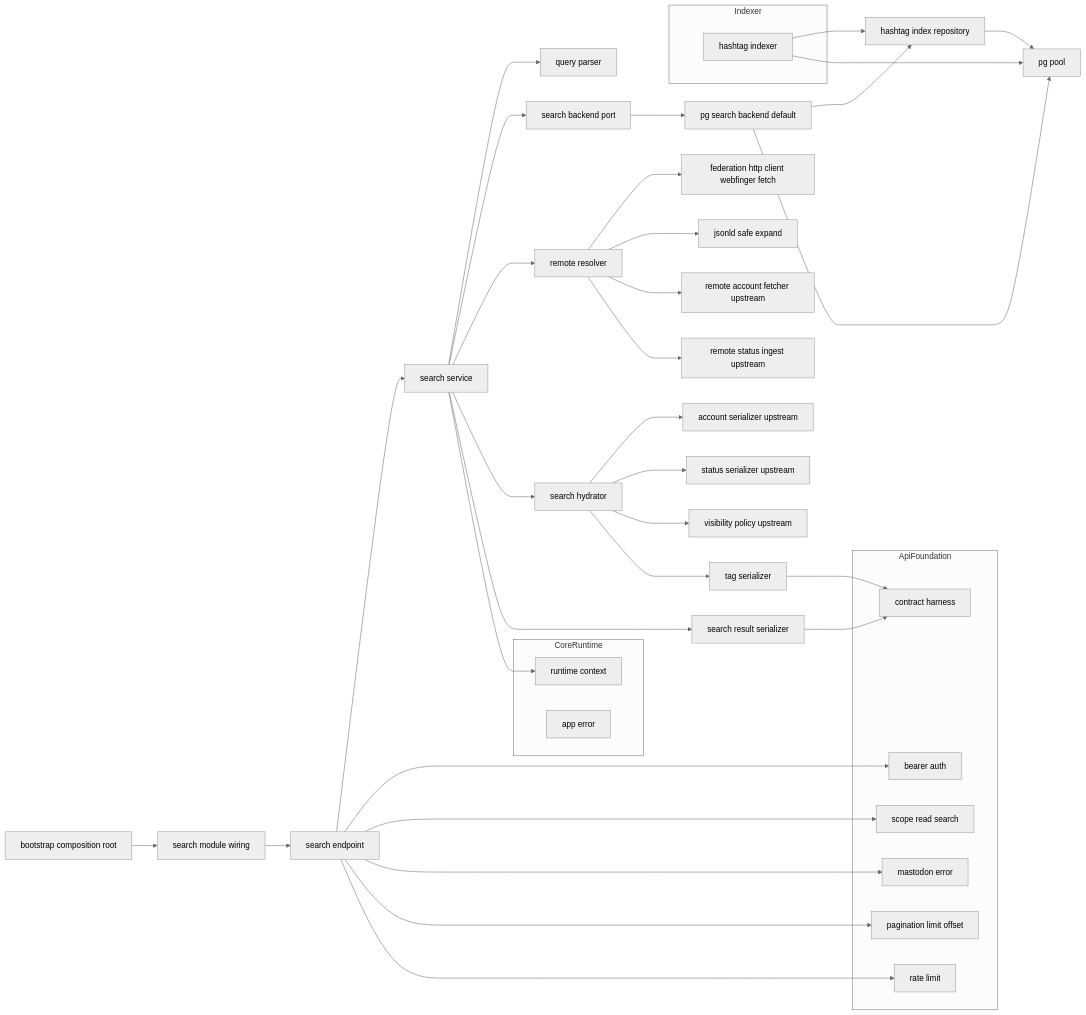
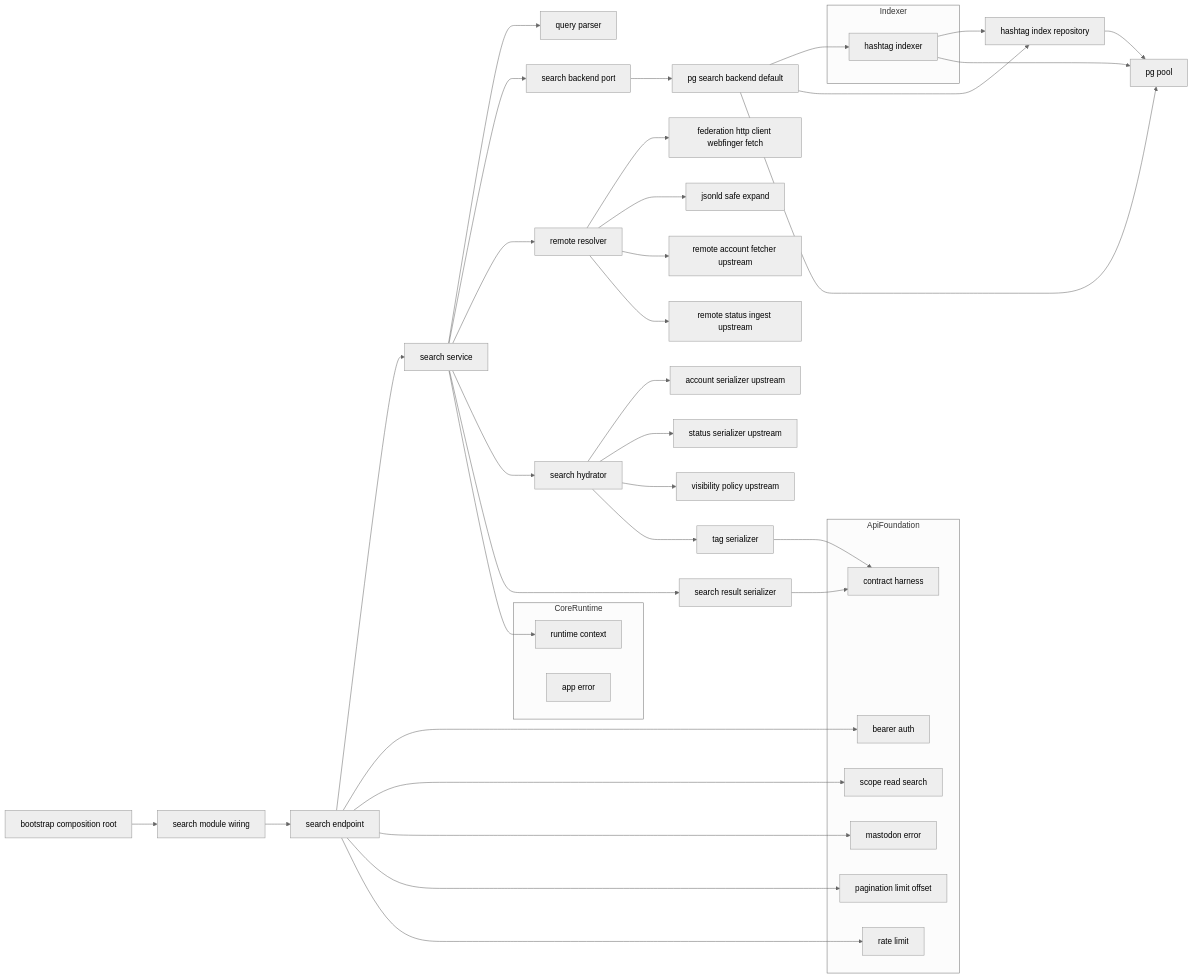
One commit to mat-der-D/kawasemi changed the first of 4 diagrams in .kiro/specs/search/design.md. Above: the diagram before and after it, drawn with Mermaid (neutral theme). The commit also changed other lines of this file and 10 other files, not shown here.

````diff
--- a/.kiro/specs/search/design.md
+++ b/.kiro/specs/search/design.md
@@ -75,48 +76,49 @@
 ```mermaid
 graph LR
     Bootstrap[bootstrap composition root] --> SearchModule[search module wiring]
     SearchModule --> Endpoint[search endpoint]
     Endpoint --> SearchService[search service]
     SearchService --> QueryParser[query parser]
     SearchService --> Backend[search backend port]
     SearchService --> RemoteResolver[remote resolver]
     SearchService --> Hydrator[search hydrator]
     SearchService --> ResultSerializer[search result serializer]
     Backend --> PgBackend[pg search backend default]
+    PgBackend --> TagIndexer
     PgBackend --> TagRepo[hashtag index repository]
     PgBackend --> Pool[pg pool]
     TagRepo --> Pool
     Hydrator --> AccountSer[account serializer upstream]
     Hydrator --> StatusSer[status serializer upstream]
     Hydrator --> Visibility[visibility policy upstream]
     Hydrator --> TagSerializer[tag serializer]
     ResultSerializer --> Harness[contract harness]
     TagSerializer --> Harness
     RemoteResolver --> FedHttp[federation http client webfinger fetch]
     RemoteResolver --> JsonLd[jsonld safe expand]
     RemoteResolver --> RemoteFetcher[remote account fetcher upstream]
     RemoteResolver --> StatusIngestService[remote status ingest upstream]
     subgraph ApiFoundation
       Bearer[bearer auth]
       ScopeChk[scope read search]
       MastoErr[mastodon error]
       Pager[pagination limit offset]
       RateLimit[rate limit]
       Harness
     end
     Endpoint --> Bearer
     Endpoint --> ScopeChk
     Endpoint --> MastoErr
     Endpoint --> Pager
     Endpoint --> RateLimit
     subgraph Indexer
       TagIndexer[hashtag indexer]
     end
     TagIndexer --> TagRepo
     TagIndexer --> Pool
     subgraph CoreRuntime
       RuntimeCtx[runtime context]
       AppErr[app error]
     end
     SearchService --> RuntimeCtx
 ```
````
